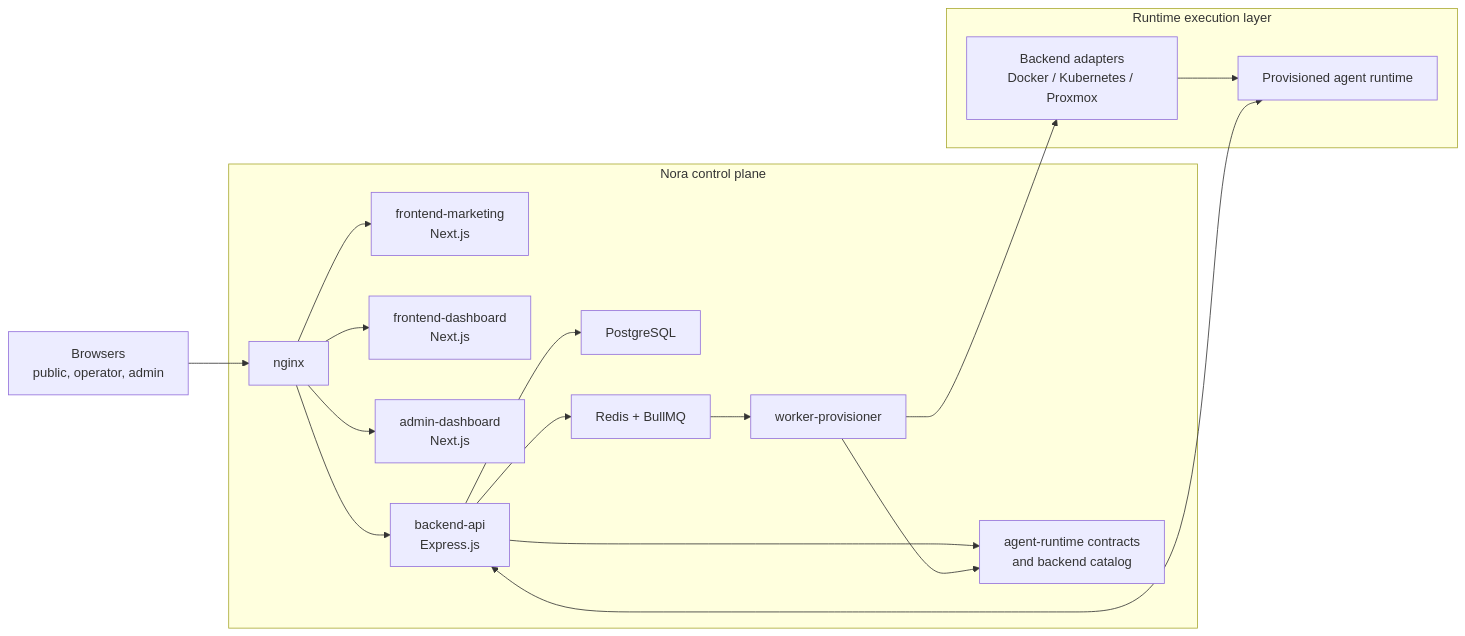
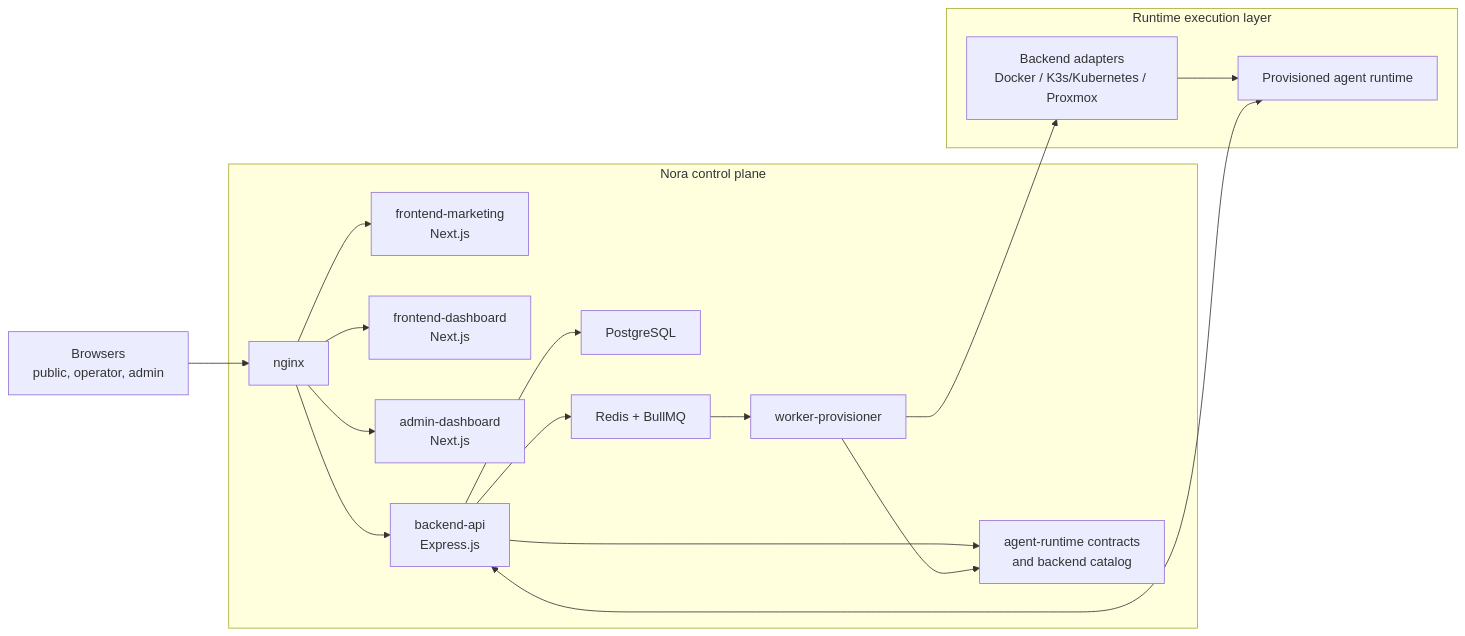
One commit to mrn55/nora changed the first of 4 diagrams in architecture.md. Above: the diagram before and after it, drawn with Mermaid. The commit also changed other lines of this file and 13 other files, not shown here.

````diff
--- a/architecture.md
+++ b/architecture.md
@@ -15,22 +15,22 @@
 ```mermaid
 flowchart LR
     Browser["Browsers<br/>public, operator, admin"] --> Nginx["nginx"]
 
     subgraph ControlPlane["Nora control plane"]
         Nginx --> Marketing["frontend-marketing<br/>Next.js"]
         Nginx --> Dashboard["frontend-dashboard<br/>Next.js"]
         Nginx --> Admin["admin-dashboard<br/>Next.js"]
         Nginx --> API["backend-api<br/>Express.js"]
         API --> Postgres["PostgreSQL"]
         API --> Redis["Redis + BullMQ"]
         Redis --> Worker["worker-provisioner"]
         API --> Contracts["agent-runtime contracts<br/>and backend catalog"]
         Worker --> Contracts
     end
 
     subgraph RuntimeInfra["Runtime execution layer"]
-        Worker --> Adapters["Backend adapters<br/>Docker / Kubernetes / Proxmox"]
+        Worker --> Adapters["Backend adapters<br/>Docker / K3s/Kubernetes / Proxmox"]
         Adapters --> Runtime["Provisioned agent runtime"]
         API <--> Runtime
     end
 ```
````
